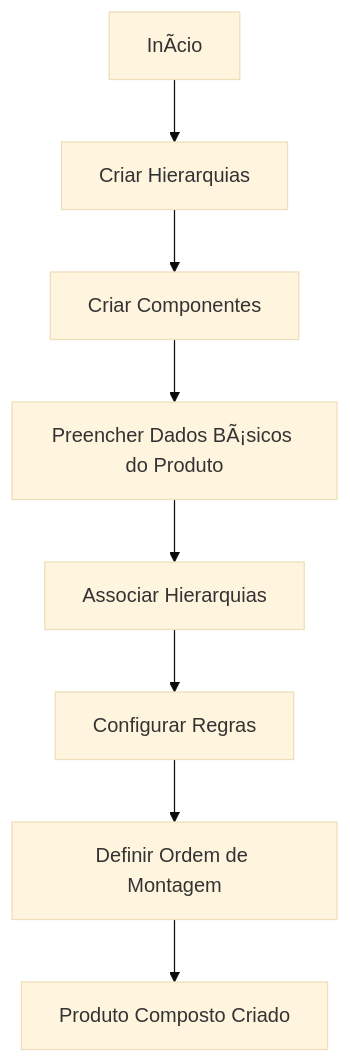
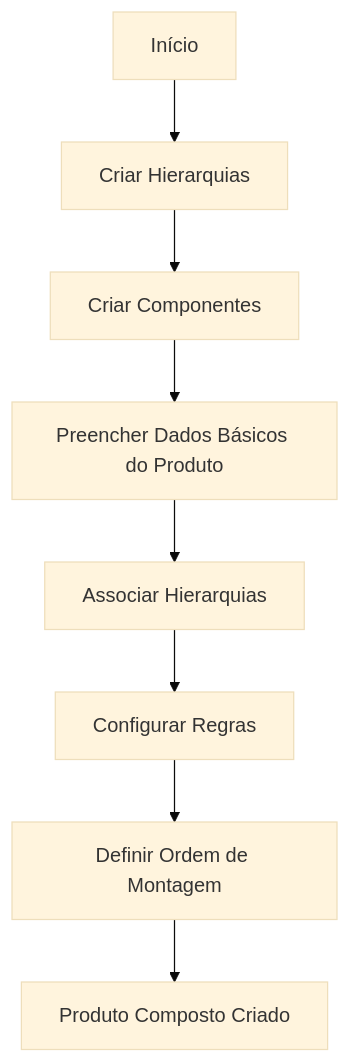
Before and after one commit to igor-spalenza/GesN: the second of 5 diagrams in GesN.Web/Context/DOMAIN CONTEXTS/README.md, drawn with Mermaid (base theme). The commit also changed other lines of this file and 10 other files, not shown here.

````diff
--- a/GesN.Web/Context/DOMAIN CONTEXTS/README.md
+++ b/GesN.Web/Context/DOMAIN CONTEXTS/README.md
@@ -403,10 +403,10 @@
 ```mermaid
 graph TD
-    A[InÃ­cio] --> B[Criar Hierarquias]
+    A[Início] --> B[Criar Hierarquias]
     B --> C[Criar Componentes]
-    C --> D[Preencher Dados BÃ¡sicos do Produto]
+    C --> D[Preencher Dados Básicos do Produto]
     D --> E[Associar Hierarquias]
     E --> F[Configurar Regras]
     F --> G[Definir Ordem de Montagem]
     G --> H[Produto Composto Criado]
 ```
````
